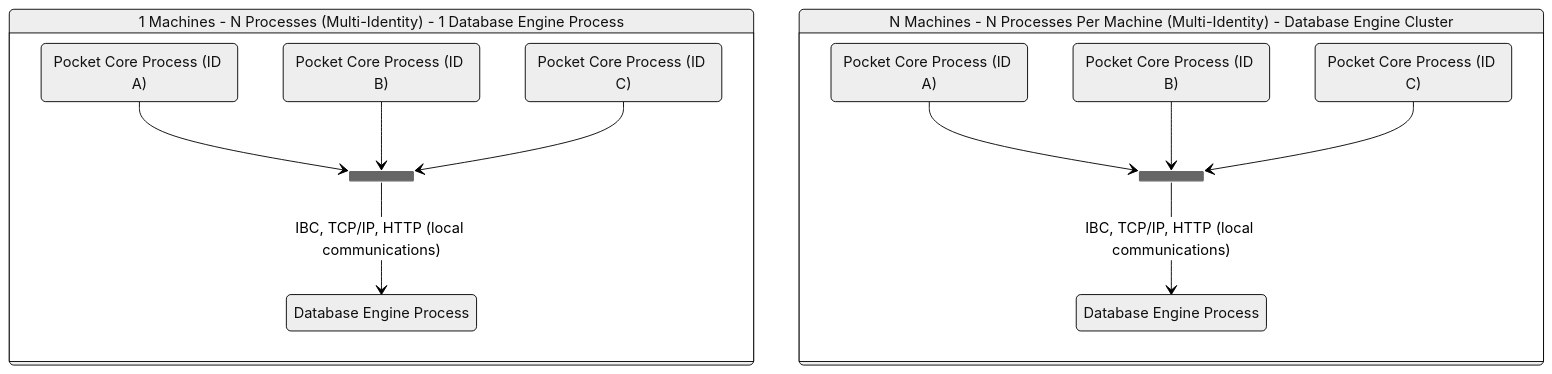
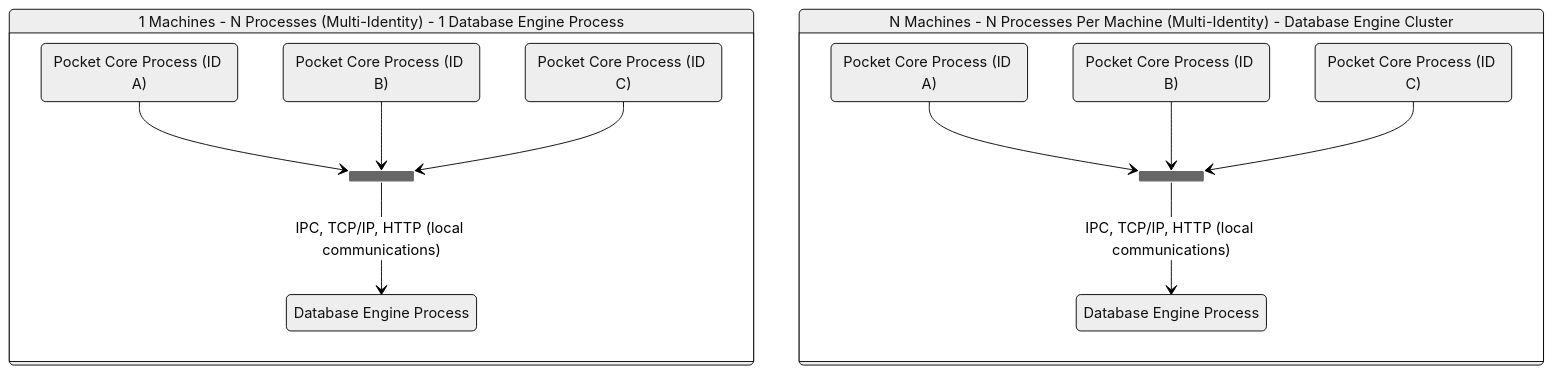
The second of 5 diagrams in persistence/README.md (pokt-network/pocket-network-protocol), drawn with Mermaid (neutral theme) before and after one commit. The commit also changed other lines of this file, not shown here.

Commit message:
Updated Client-Server Architecture

````diff
--- a/persistence/README.md
+++ b/persistence/README.md
@@ -117,31 +111,31 @@
 ```mermaid
 stateDiagram-v2
     Fig3: 1 Machines - N Processes (Multi-Identity) - 1 Database Engine Process
     Fig4: N Machines - N Processes Per Machine (Multi-Identity) - Database Engine Cluster
 
     state Fig3 {
         PA: Pocket Core Process (ID A)
         PB: Pocket Core Process (ID B)
         PC: Pocket Core Process (ID C)
         DB3: Database Engine Process
 
         state join_state3 <<join>>
         PA --> join_state3
         PB --> join_state3
         PC --> join_state3
-        join_state3 --> DB3: IBC, TCP/IP, HTTP (local communications)
+        join_state3 --> DB3: IPC, TCP/IP, HTTP (local communications)
     }
 
     state Fig4 {
         P4A: Pocket Core Process (ID A)
         P4B: Pocket Core Process (ID B)
         P4C: Pocket Core Process (ID C)
         DB4: Database Engine Process
 
         state join_state4 <<join>>
         P4A --> join_state4
         P4B --> join_state4
         P4C --> join_state4
-        join_state4 --> DB4: IBC, TCP/IP, HTTP (local communications)
+        join_state4 --> DB4: IPC, TCP/IP, HTTP (local communications)
     }
 ```
````
